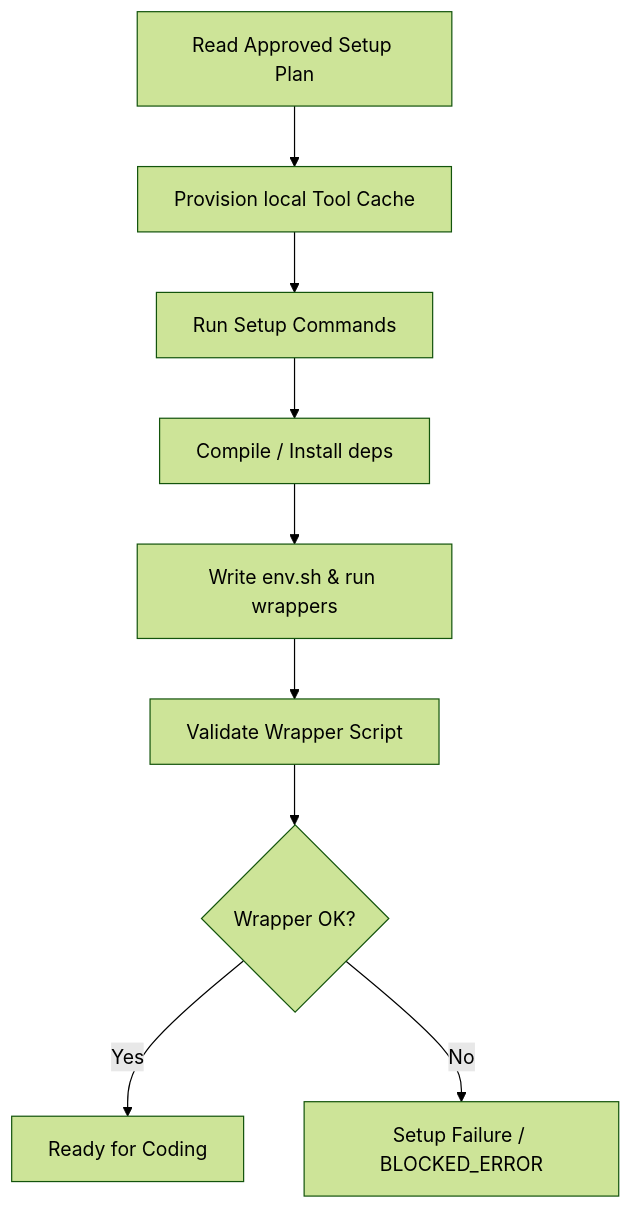
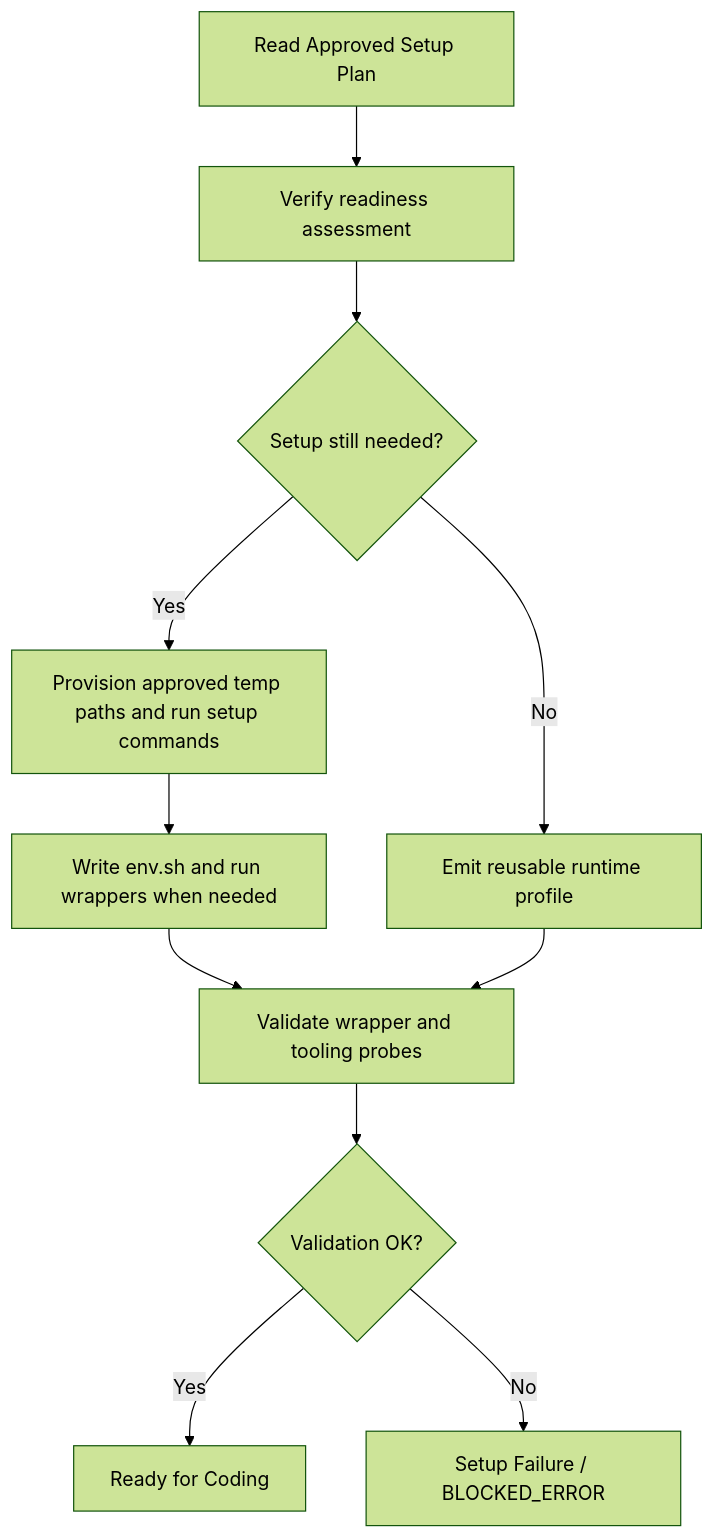
Before and after one commit to antclt/LoopTroop: the diagram in docs/pre-implementation.md, drawn with Mermaid (forest theme). The commit also changed other lines of this file and 2 other files, not shown here.

Commit message:
docs: update Beads & Execution documentation to reflect current approval, setup, and recovery processes; synchronize related Pre-Implementation wording

````diff
--- a/docs/pre-implementation.md
+++ b/docs/pre-implementation.md
@@ -78,11 +81,13 @@
 ```mermaid
 flowchart TD
-    A[Read Approved Setup Plan] --> B[Provision local Tool Cache]
-    B --> C[Run Setup Commands]
-    C --> D[Compile / Install deps]
-    D --> E[Write env.sh & run wrappers]
-    E --> F[Validate Wrapper Script]
-    F --> G{Wrapper OK?}
-    G -- Yes --> H[Ready for Coding]
-    G -- No --> I[Setup Failure / BLOCKED_ERROR]
+    A[Read Approved Setup Plan] --> B[Verify readiness assessment]
+    B --> C{Setup still needed?}
+    C -- Yes --> D[Provision approved temp paths and run setup commands]
+    C -- No --> E[Emit reusable runtime profile]
+    D --> F[Write env.sh and run wrappers when needed]
+    F --> G[Validate wrapper and tooling probes]
+    E --> G
+    G --> H{Validation OK?}
+    H -- Yes --> I[Ready for Coding]
+    H -- No --> J[Setup Failure / BLOCKED_ERROR]
 ```
````
